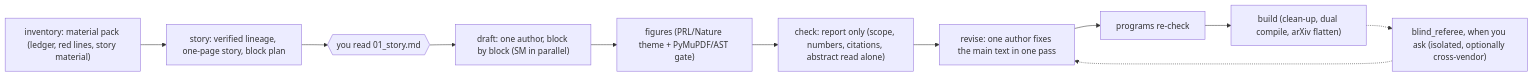
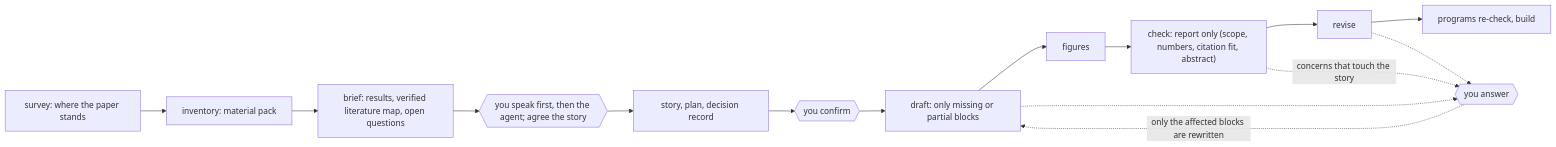
Before and after one commit to Misaka16384/liber: the diagram in README.md, drawn with Mermaid. The commit also changed other lines of this file and 12 other files, not shown here.

````diff
--- a/README.md
+++ b/README.md
@@ -29,11 +29,14 @@
 ```mermaid
 flowchart LR
-  S0["inventory: material pack (ledger, red lines, story material)"] --> S1["story: verified lineage, one-page story, block plan"]
-  S1 --> P{{"you read 01_story.md"}}
-  P --> S2["draft: one author, block by block (SM in parallel)"]
-  S2 --> F["figures (PRL/Nature theme + PyMuPDF/AST gate)"]
-  F --> C["check: report only (scope, numbers, citations, abstract read alone)"]
-  C --> R["revise: one author fixes the main text in one pass"]
-  R --> C2["programs re-check"] --> B["build (clean-up, dual compile, arXiv flatten)"]
-  B -.-> Ref["blind_referee, when you ask (isolated, optionally cross-vendor)"] -.-> R
+  SV["survey: where the paper stands"] --> S0["inventory: material pack"]
+  S0 --> BR["brief: results, verified literature map, open questions"]
+  BR --> D{{"you speak first, then the agent; agree the story"}}
+  D --> ST["story, plan, decision record"] --> K{{"you confirm"}}
+  K --> S2["draft: only missing or partial blocks"]
+  S2 --> F["figures"] --> C["check: report only (scope, numbers, citation fit, abstract)"]
+  C --> R["revise"] --> B["programs re-check, build"]
+  C -. "concerns that touch the story" .-> Q{{"you answer"}}
+  S2 -.-> Q
+  R -.-> Q
+  Q -. "only the affected blocks are rewritten" .-> S2
 ```
````
